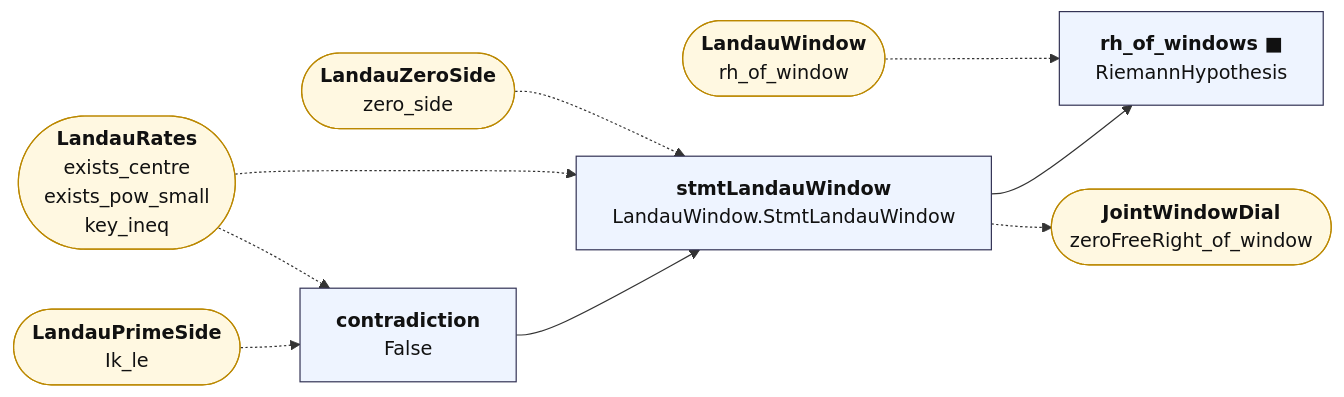
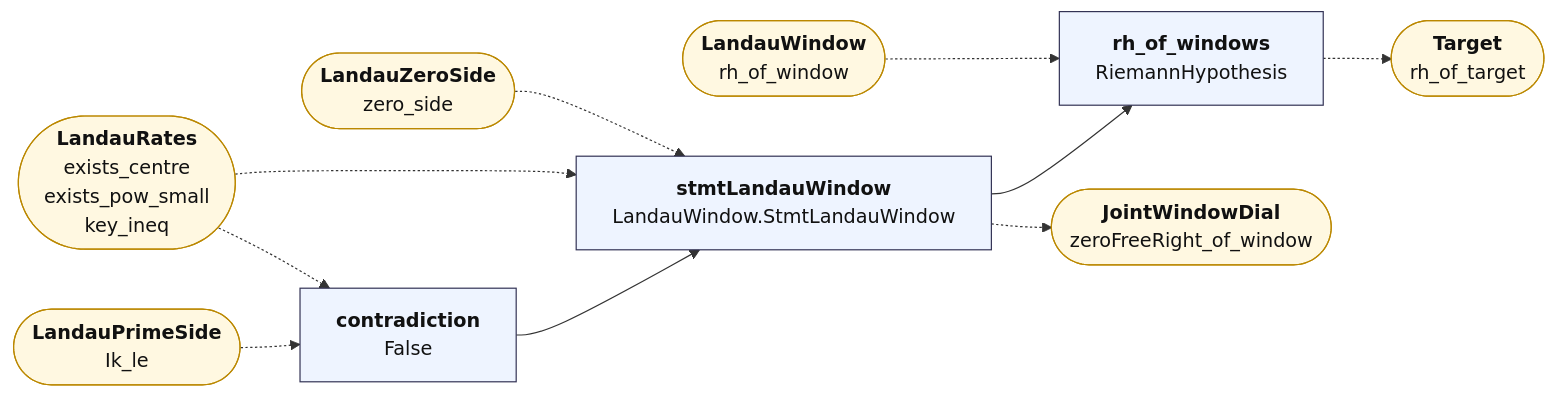
One commit to juliansambranojr/Primebeat_081426 changed the diagram in map/lean_stage3/LandauCriterion.mmd. Above: the diagram before and after it, drawn with Mermaid. The commit also changed 28 other files, not shown here.

```diff
--- a/map/lean_stage3/LandauCriterion.mmd
+++ b/map/lean_stage3/LandauCriterion.mmd
@@ -1,25 +1,27 @@
 flowchart LR
   n0["<b>contradiction</b><br/>False"]:::thm
   n1["<b>stmtLandauWindow</b><br/>LandauWindow.StmtLandauWindow"]:::thm
-  n2["<b>rh_of_windows ■</b><br/>RiemannHypothesis"]:::thm
+  n2["<b>rh_of_windows</b><br/>RiemannHypothesis"]:::thm
   x0(["<b>LandauPrimeSide</b><br/>Ik_le"]):::ext
   x1(["<b>LandauRates</b><br/>exists_centre<br/>exists_pow_small<br/>key_ineq"]):::ext
   x2(["<b>LandauZeroSide</b><br/>zero_side"]):::ext
   x3(["<b>JointWindowDial</b><br/>zeroFreeRight_of_window"]):::ext
   x4(["<b>LandauWindow</b><br/>rh_of_window"]):::ext
+  x5(["<b>Target</b><br/>rh_of_target"]):::ext
   n0 --> n1
   n1 --> n2
   n1 -.-> x3
+  n2 -.-> x5
   x0 -.-> n0
   x1 -.-> n0
   x1 -.-> n1
   x2 -.-> n1
   x4 -.-> n2
   classDef cnt fill:#dff5ec,stroke:#17694a,color:#111
   classDef shp fill:#f1ecfb,stroke:#5b3fa0,color:#111
   classDef rh fill:#ffe5e5,stroke:#c22,color:#111,stroke-width:2px
   classDef thm fill:#eef4ff,stroke:#335,color:#111
   classDef end_ fill:#e7f7e7,stroke:#2a7,color:#111,stroke-width:2px
   classDef lone fill:#fff,stroke:#999,color:#111,stroke-dasharray:4 3
   classDef bad fill:#ffe5e5,stroke:#c22,color:#111,stroke-width:2px
   classDef ext fill:#fff8e1,stroke:#b80,color:#111
```
